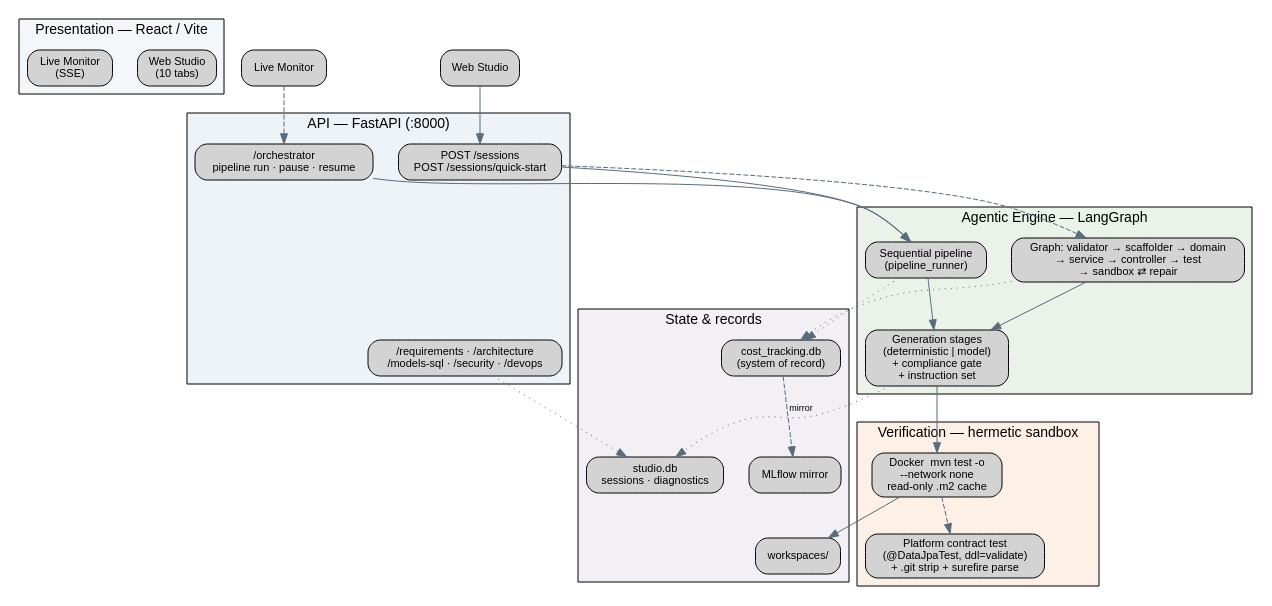
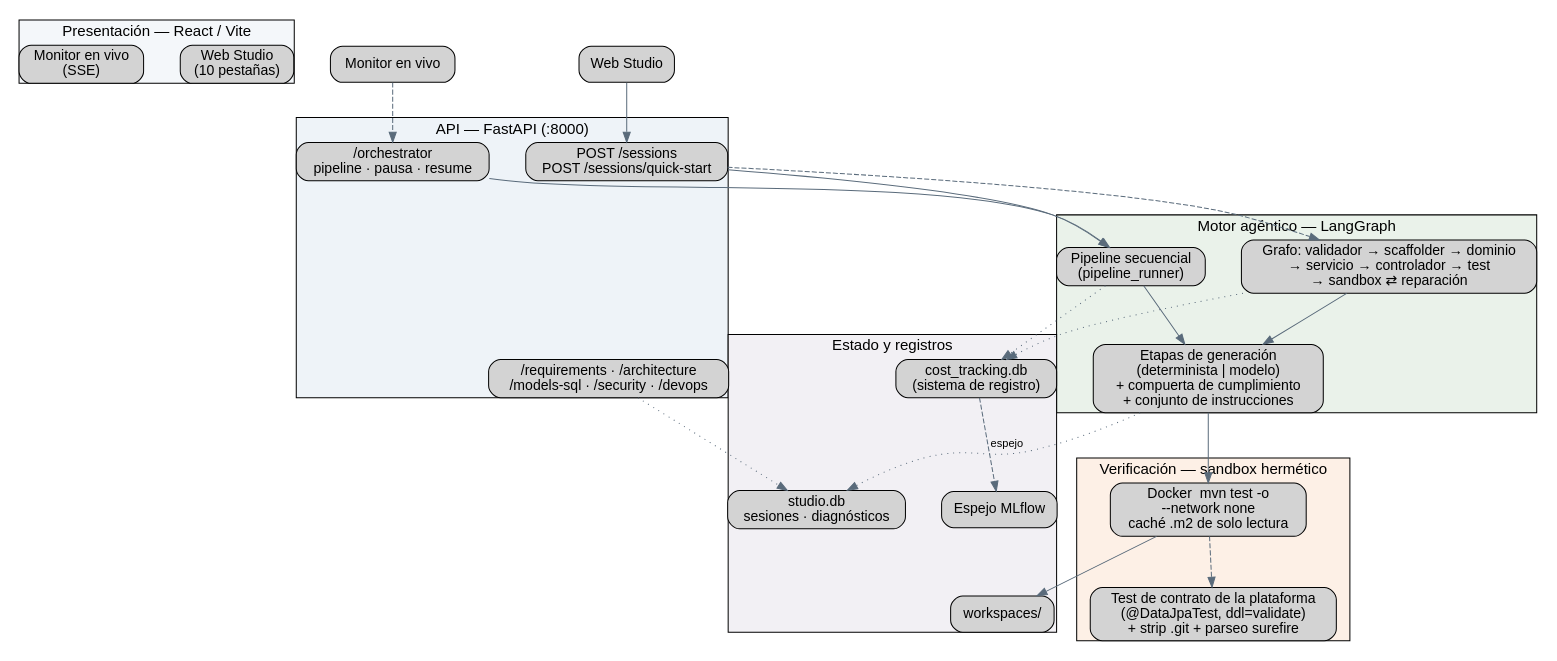
One commit to WilliamVegu/agentIA changed the diagram in docs/fig/architecture.dot. Above: the diagram before and after it, drawn with Graphviz. The commit also changed 7 other files, not shown here.

```diff
--- a/docs/fig/architecture.dot
+++ b/docs/fig/architecture.dot
@@ -1,56 +1,52 @@
 digraph architecture {
   rankdir=TB; fontname="Helvetica"; newrank=true;
-  graph [nodesep=0.35, ranksep=0.5];
-  node [shape=box, style="rounded,filled", fontname="Helvetica", fontsize=11];
-  edge [fontname="Helvetica", fontsize=9, color="#5a6b7b"];
+  graph [nodesep=0.5, ranksep=0.7, margin=0.1];
+  node [shape=box, style="rounded,filled", fontname="Helvetica", fontsize=14];
+  edge [fontname="Helvetica", fontsize=11, color="#5a6b7b"];
 
   subgraph cluster_front {
-    label="Presentation — React / Vite"; style=filled; fillcolor="#f4f7fa";
-    "Web Studio\n(10 tabs)";
-    "Live Monitor\n(SSE)";
+    label="Presentación — React / Vite"; style=filled; fillcolor="#f4f7fa"; fontsize=15;
+    "Web Studio\n(10 pestañas)";
+    "Monitor en vivo\n(SSE)";
   }
-
   subgraph cluster_api {
-    label="API — FastAPI (:8000)"; style=filled; fillcolor="#eef3f8";
+    label="API — FastAPI (:8000)"; style=filled; fillcolor="#eef3f8"; fontsize=15;
     sessions [label="POST /sessions\nPOST /sessions/quick-start"];
-    orchestrator [label="/orchestrator\npipeline run · pause · resume"];
+    orchestrator [label="/orchestrator\npipeline · pausa · resume"];
     services_api [label="/requirements · /architecture\n/models-sql · /security · /devops"];
   }
-
   subgraph cluster_engine {
-    label="Agentic Engine — LangGraph"; style=filled; fillcolor="#eaf2ea";
-    pipeline [label="Sequential pipeline\n(pipeline_runner)"];
-    gengraph [label="Graph: validator → scaffolder → domain\n→ service → controller → test\n→ sandbox ⇄ repair"];
-    stages [label="Generation stages\n(deterministic | model)\n+ compliance gate\n+ instruction set"];
+    label="Motor agéntico — LangGraph"; style=filled; fillcolor="#eaf2ea"; fontsize=15;
+    pipeline [label="Pipeline secuencial\n(pipeline_runner)"];
+    gengraph [label="Grafo: validador → scaffolder → dominio\n→ servicio → controlador → test\n→ sandbox ⇄ reparación"];
+    stages [label="Etapas de generación\n(determinista | modelo)\n+ compuerta de cumplimiento\n+ conjunto de instrucciones"];
   }
-
   subgraph cluster_verify {
-    label="Verification — hermetic sandbox"; style=filled; fillcolor="#fdf0e6";
-    sandbox [label="Docker  mvn test -o\n--network none\nread-only .m2 cache"];
-    platform [label="Platform contract test\n(@DataJpaTest, ddl=validate)\n+ .git strip + surefire parse"];
+    label="Verificación — sandbox hermético"; style=filled; fillcolor="#fdf0e6"; fontsize=15;
+    sandbox [label="Docker  mvn test -o\n--network none\ncaché .m2 de solo lectura"];
+    platform [label="Test de contrato de la plataforma\n(@DataJpaTest, ddl=validate)\n+ strip .git + parseo surefire"];
   }
-
   subgraph cluster_stores {
-    label="State & records"; style=filled; fillcolor="#f2f0f4";
-    db [label="studio.db\nsessions · diagnostics"];
-    cost [label="cost_tracking.db\n(system of record)"];
-    mlflow [label="MLflow mirror"];
+    label="Estado y registros"; style=filled; fillcolor="#f2f0f4"; fontsize=15;
+    db [label="studio.db\nsesiones · diagnósticos"];
+    cost [label="cost_tracking.db\n(sistema de registro)"];
+    mlflow [label="Espejo MLflow"];
     work [label="workspaces/"];
   }
 
   "Web Studio" -> sessions;
-  "Live Monitor" -> orchestrator [style=dashed];
+  "Monitor en vivo" -> orchestrator [style=dashed];
   sessions -> pipeline;
   sessions -> gengraph [style=dashed];
   orchestrator -> pipeline;
   pipeline -> stages;
   gengraph -> stages;
   stages -> sandbox;
   sandbox -> platform [style=dashed];
   sandbox -> work;
   stages -> db [style=dotted];
   pipeline -> cost [style=dotted];
   gengraph -> cost [style=dotted];
-  cost -> mlflow [style=dashed, label="mirror"];
+  cost -> mlflow [style=dashed, label="espejo"];
   services_api -> db [style=dotted];
 }
```
